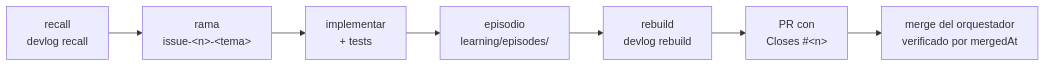
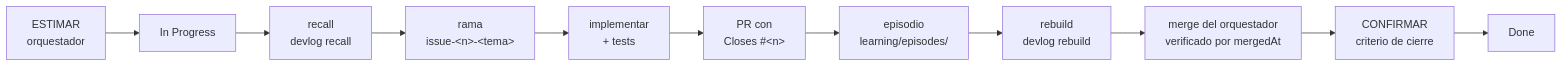
The diagram in docs/entorno/harness.md (cherrera0001/Agents_Learning_Loops), drawn with Mermaid before and after one commit. The commit also changed other lines of this file and 16 other files, not shown here.

First line of the commit message:
docs(entorno): integrar ESTIMAR y CONFIRMAR al ciclo de la bitacora (#77)

````diff
--- a/docs/entorno/harness.md
+++ b/docs/entorno/harness.md
@@ -44,9 +44,13 @@
 ```mermaid
 flowchart LR
-    R["recall<br/>devlog recall"] --> B["rama<br/>issue-&lt;n&gt;-&lt;tema&gt;"]
+    ES["ESTIMAR<br/>orquestador"] --> IP["In Progress"]
+    IP --> R["recall<br/>devlog recall"]
+    R --> B["rama<br/>issue-&lt;n&gt;-&lt;tema&gt;"]
     B --> I["implementar<br/>+ tests"]
-    I --> E["episodio<br/>learning/episodes/"]
+    I --> PR["PR con<br/>Closes #&lt;n&gt;"]
+    PR --> E["episodio<br/>learning/episodes/"]
     E --> RB["rebuild<br/>devlog rebuild"]
-    RB --> PR["PR con<br/>Closes #&lt;n&gt;"]
-    PR --> M["merge del orquestador<br/>verificado por mergedAt"]
+    RB --> M["merge del orquestador<br/>verificado por mergedAt"]
+    M --> CF["CONFIRMAR<br/>criterio de cierre"]
+    CF --> D["Done"]
 ```
````
